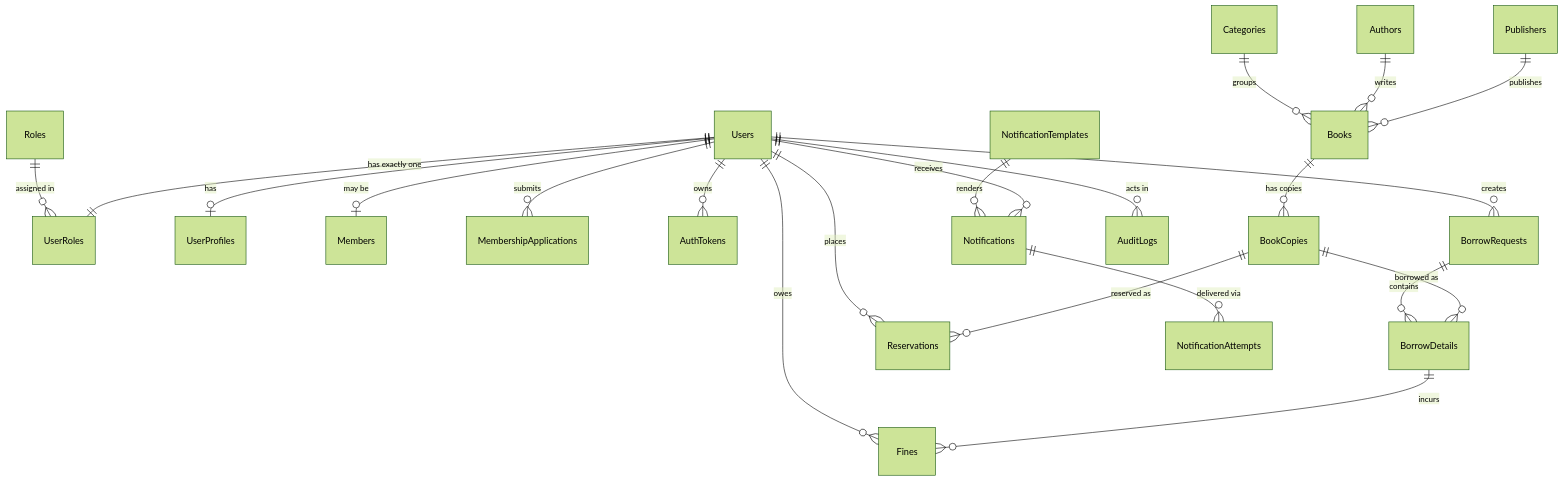
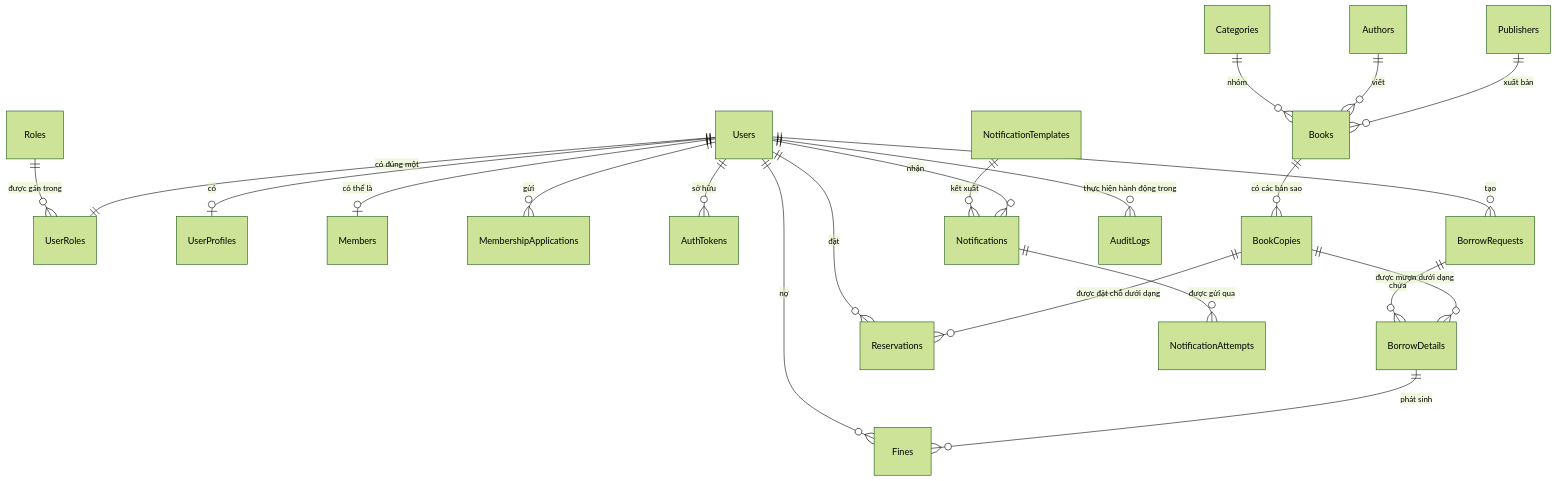
The second of 2 diagrams in docs/architecture/feature-integration-map.md (SWP391-LibraryManagement/LibraryManagement), drawn with Mermaid (forest theme) before and after one commit. The commit also changed other lines of this file and 9 other files, not shown here.

````diff
--- a/docs/architecture/feature-integration-map.md
+++ b/docs/architecture/feature-integration-map.md
@@ -146,24 +146,24 @@
 ```mermaid
 erDiagram
-  Roles ||--o{ UserRoles : "assigned in"
-  Users ||--|| UserRoles : "has exactly one"
-  Users ||--o| UserProfiles : "has"
-  Users ||--o| Members : "may be"
-  Users ||--o{ MembershipApplications : "submits"
-  Users ||--o{ AuthTokens : "owns"
-  Categories ||--o{ Books : "groups"
-  Authors ||--o{ Books : "writes"
-  Publishers ||--o{ Books : "publishes"
-  Books ||--o{ BookCopies : "has copies"
-  Users ||--o{ BorrowRequests : "creates"
-  BorrowRequests ||--o{ BorrowDetails : "contains"
-  BookCopies ||--o{ BorrowDetails : "borrowed as"
-  Users ||--o{ Reservations : "places"
-  BookCopies ||--o{ Reservations : "reserved as"
-  Users ||--o{ Fines : "owes"
-  BorrowDetails ||--o{ Fines : "incurs"
-  NotificationTemplates ||--o{ Notifications : "renders"
-  Users ||--o{ Notifications : "receives"
-  Notifications ||--o{ NotificationAttempts : "delivered via"
-  Users ||--o{ AuditLogs : "acts in"
+  Roles ||--o{ UserRoles : "được gán trong"
+  Users ||--|| UserRoles : "có đúng một"
+  Users ||--o| UserProfiles : "có"
+  Users ||--o| Members : "có thể là"
+  Users ||--o{ MembershipApplications : "gửi"
+  Users ||--o{ AuthTokens : "sở hữu"
+  Categories ||--o{ Books : "nhóm"
+  Authors ||--o{ Books : "viết"
+  Publishers ||--o{ Books : "xuất bản"
+  Books ||--o{ BookCopies : "có các bản sao"
+  Users ||--o{ BorrowRequests : "tạo"
+  BorrowRequests ||--o{ BorrowDetails : "chứa"
+  BookCopies ||--o{ BorrowDetails : "được mượn dưới dạng"
+  Users ||--o{ Reservations : "đặt"
+  BookCopies ||--o{ Reservations : "được đặt chỗ dưới dạng"
+  Users ||--o{ Fines : "nợ"
+  BorrowDetails ||--o{ Fines : "phát sinh"
+  NotificationTemplates ||--o{ Notifications : "kết xuất"
+  Users ||--o{ Notifications : "nhận"
+  Notifications ||--o{ NotificationAttempts : "được gửi qua"
+  Users ||--o{ AuditLogs : "thực hiện hành động trong"
 ```
````
